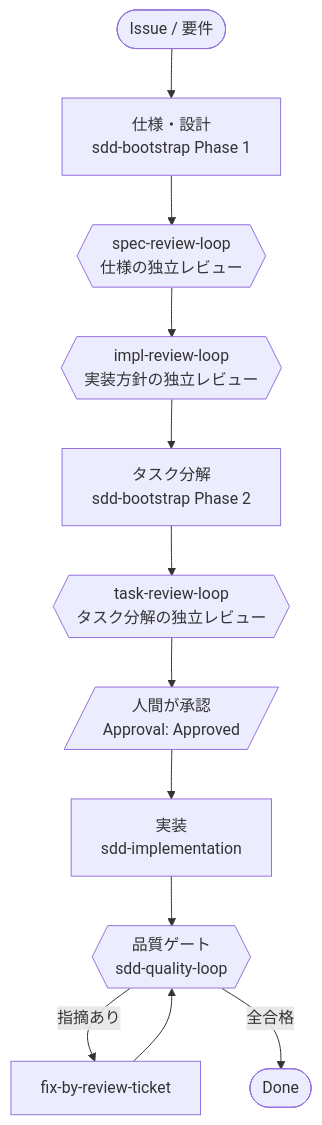
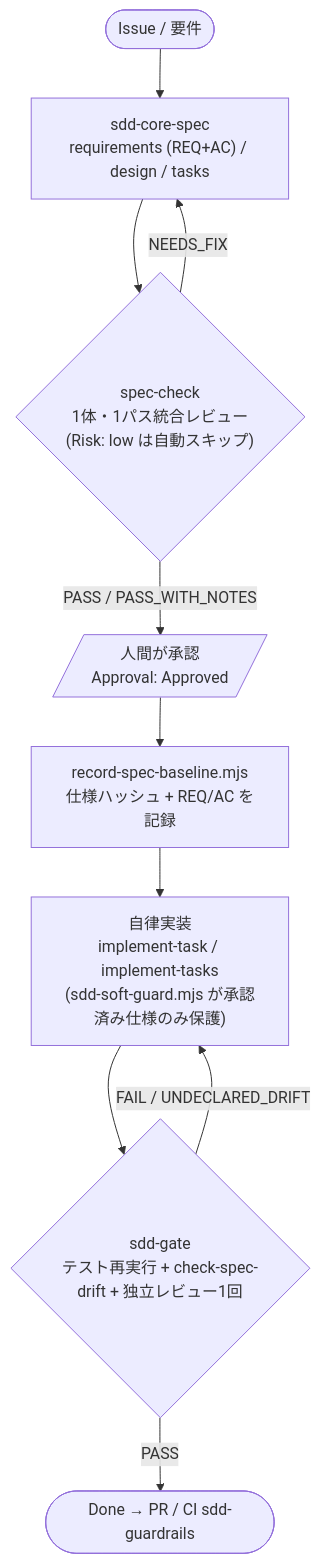
Before and after one commit to aharada54914/sdd-forge: the diagram in README.md, drawn with Mermaid. The commit also changed other lines of this file and 84 other files, not shown here.

Commit message:
feat(v2): retire SDD Full hard locks and sdd-lite, switch 4-host hooks to soft guard, add CI guardrails and v2.0.0 docs

````diff
--- a/README.md
+++ b/README.md
@@ -26,14 +22,12 @@
 ```mermaid
 flowchart TD
-    A([Issue / 要件]) --> P1["仕様・設計<br/>sdd-bootstrap Phase 1"]
-    P1 --> R1{{"spec-review-loop<br/>仕様の独立レビュー"}}
-    R1 --> R2{{"impl-review-loop<br/>実装方針の独立レビュー"}}
-    R2 --> P2["タスク分解<br/>sdd-bootstrap Phase 2"]
-    P2 --> R3{{"task-review-loop<br/>タスク分解の独立レビュー"}}
-    R3 --> H[/"人間が承認<br/>Approval: Approved"/]
-    H --> I["実装<br/>sdd-implementation"]
-    I --> Q{{"品質ゲート<br/>sdd-quality-loop"}}
-    Q -->|指摘あり| X["fix-by-review-ticket"]
-    X --> Q
-    Q -->|全合格| Z([Done])
+    A(["Issue / 要件"]) --> B["sdd-core-spec\nrequirements (REQ+AC) / design / tasks"]
+    B --> C{"spec-check\n1体・1パス統合レビュー\n(Risk: low は自動スキップ)"}
+    C -->|NEEDS_FIX| B
+    C -->|PASS / PASS_WITH_NOTES| H[/"人間が承認\nApproval: Approved"/]
+    H --> BL["record-spec-baseline.mjs\n仕様ハッシュ + REQ/AC を記録"]
+    BL --> I["自律実装\nimplement-task / implement-tasks\n(sdd-soft-guard.mjs が承認済み仕様のみ保護)"]
+    I --> G{"sdd-gate\nテスト再実行 + check-spec-drift + 独立レビュー1回"}
+    G -->|FAIL / UNDECLARED_DRIFT| I
+    G -->|PASS| Z(["Done → PR / CI sdd-guardrails"])
 ```
````
